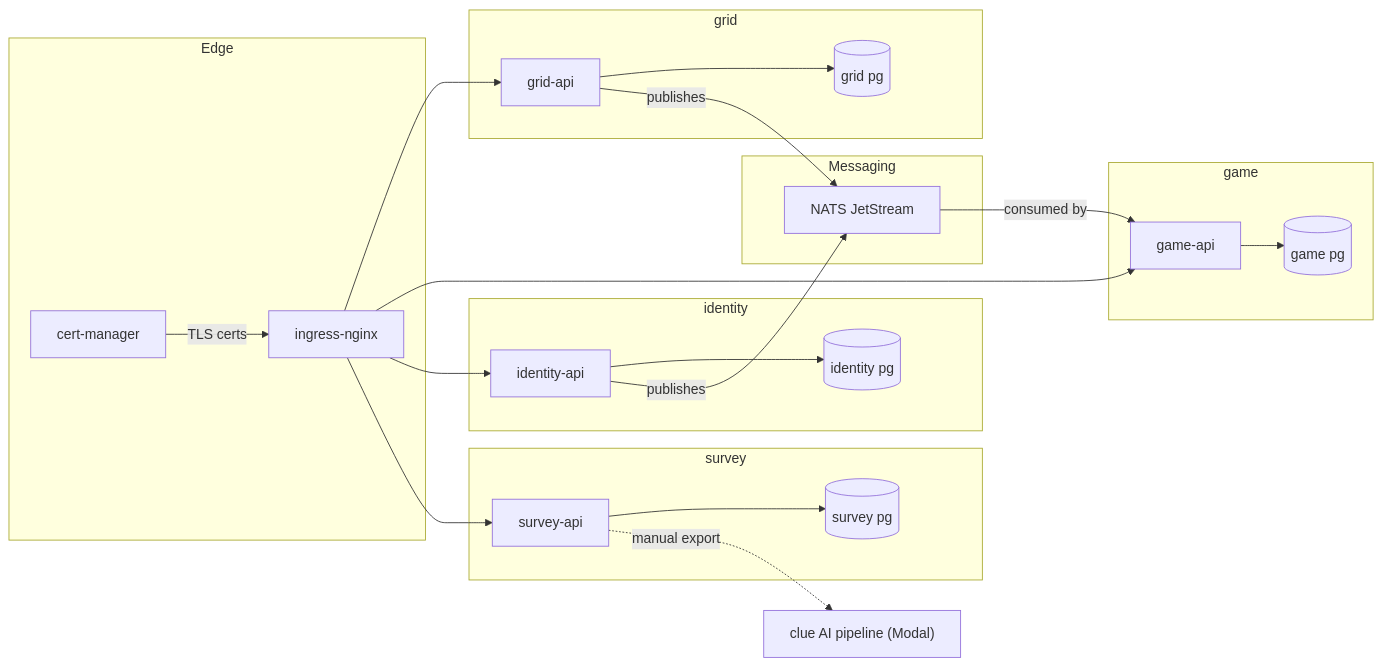
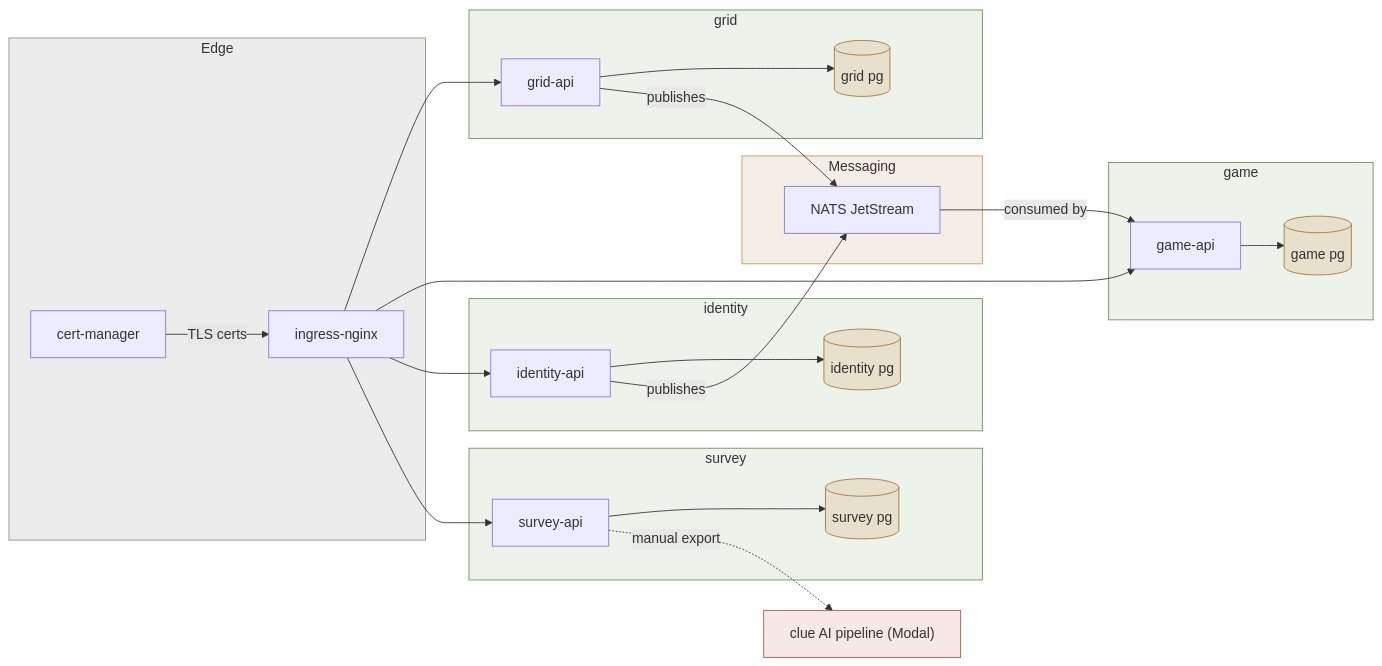
One commit to Ishou/wordsparrow changed the first of 5 diagrams in README.md. Above: the diagram before and after it, drawn with Mermaid. The commit also changed other lines of this file and 1 other file, not shown here.

Commit message:
chore(infra-diagrams): regenerate styled README diagrams

````diff
--- a/README.md
+++ b/README.md
@@ -60,40 +60,50 @@
 ```mermaid
 flowchart LR
   subgraph Edge
     ingress["ingress-nginx"]
     certmanager["cert-manager"]
   end
   subgraph Messaging
     nats["NATS JetStream"]
   end
   subgraph ctx_grid["grid"]
     grid["grid-api"]
     gridDB[("grid pg")]
     grid --> gridDB
   end
   subgraph ctx_game["game"]
     game["game-api"]
     gameDB[("game pg")]
     game --> gameDB
   end
   subgraph ctx_identity["identity"]
     identity["identity-api"]
     identityDB[("identity pg")]
     identity --> identityDB
   end
   subgraph ctx_survey["survey"]
     survey["survey-api"]
     surveyDB[("survey pg")]
     survey --> surveyDB
   end
   cluepipeline["clue AI pipeline (Modal)"]
   certmanager -->|TLS certs| ingress
   ingress --> grid
   ingress --> game
   ingress --> identity
   ingress --> survey
   grid -->|publishes| nats
   identity -->|publishes| nats
   nats -->|consumed by| game
   survey -. manual export .-> cluepipeline
+  classDef data fill:#c8945633,stroke:#a87538;
+  classDef external fill:#b8554022,stroke:#b85540;
+  class gridDB,gameDB,identityDB,surveyDB data;
+  class cluepipeline external;
+  style Edge fill:#5a655a1f,stroke:#8b9488;
+  style Messaging fill:#a875381f,stroke:#c89456;
+  style ctx_grid fill:#6a93581f,stroke:#6a9358;
+  style ctx_game fill:#6a93581f,stroke:#6a9358;
+  style ctx_identity fill:#6a93581f,stroke:#6a9358;
+  style ctx_survey fill:#6a93581f,stroke:#6a9358;
 ```
````
